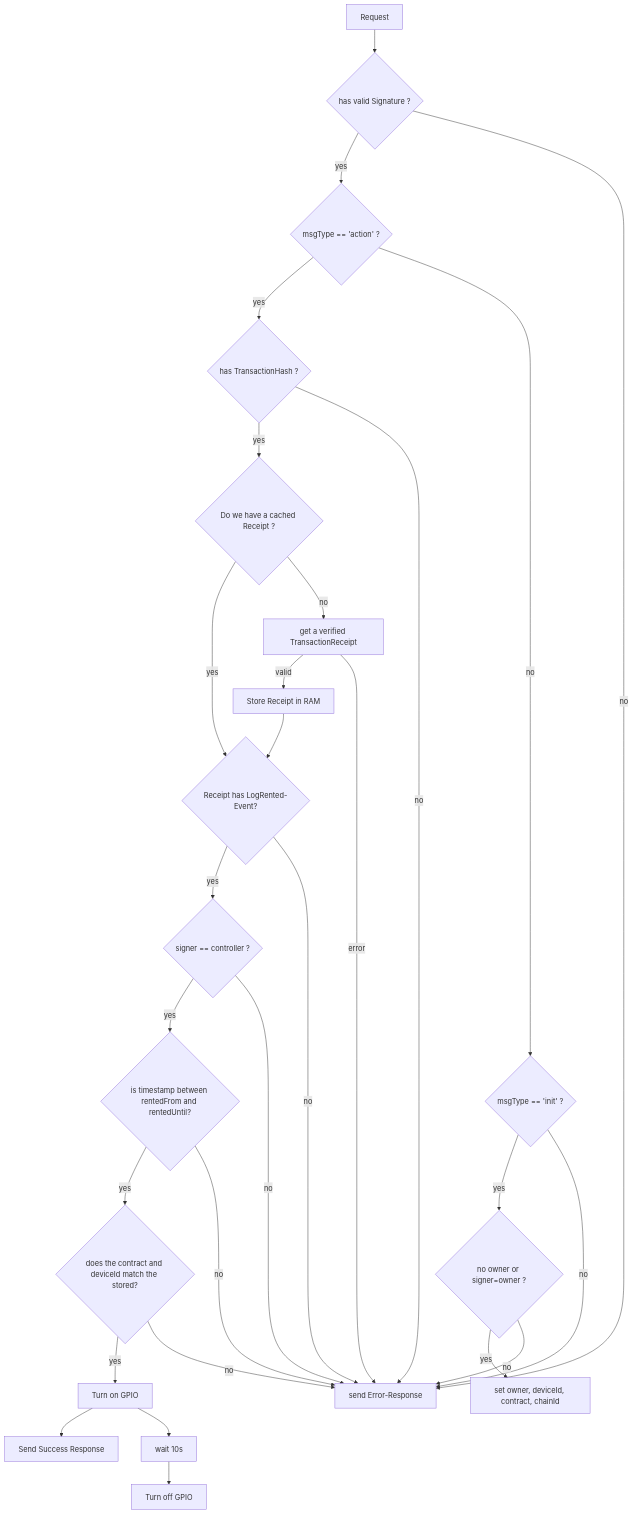
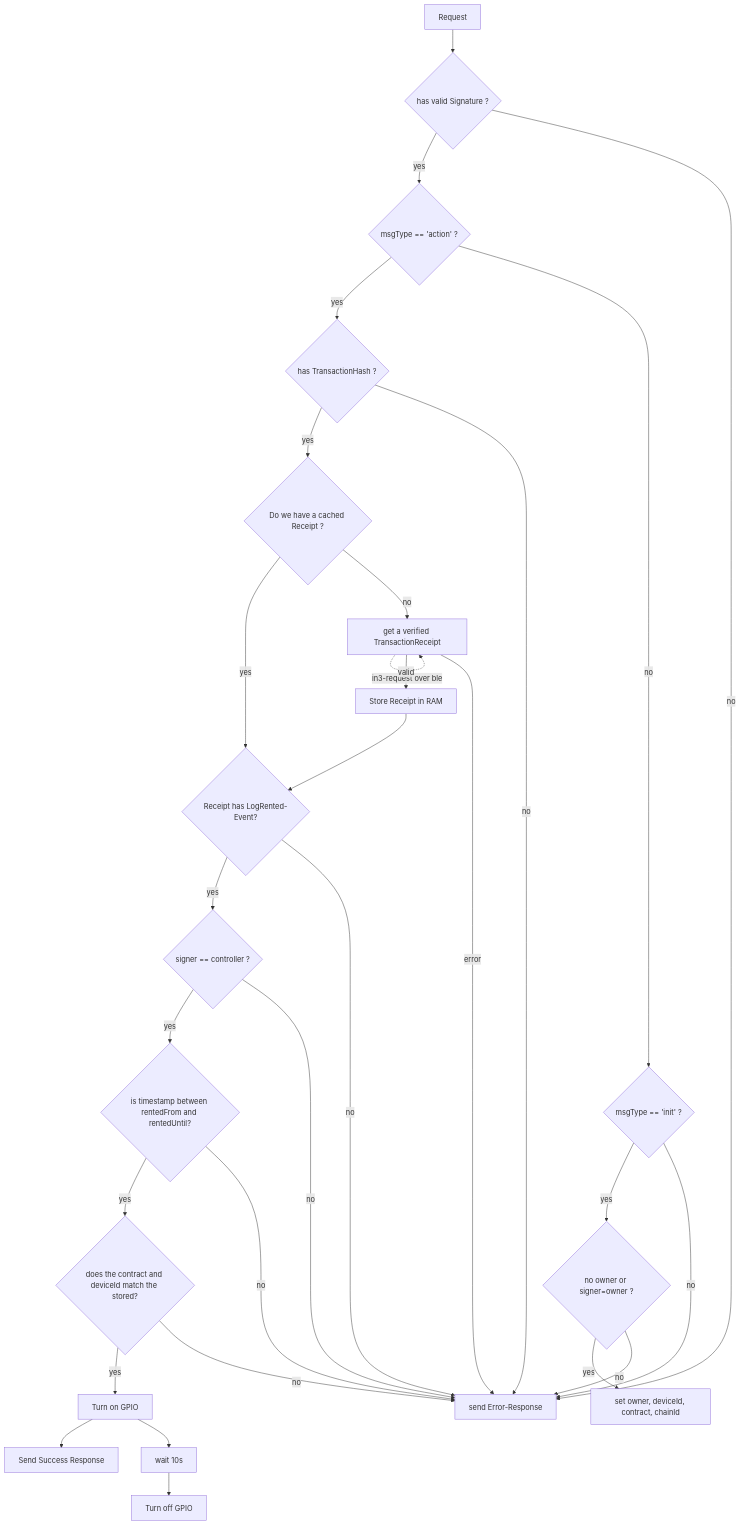
Before and after one commit to blockchainsllc/in3: the second of 2 diagrams in docs/USN-APP.md, drawn with Mermaid.

````diff
--- a/docs/USN-APP.md
+++ b/docs/USN-APP.md
@@ -25,47 +25,48 @@
 ```mermaid
 graph TD
     
     req[Request] --> hasSignature{ has valid Signature ? }
     hasSignature -- yes --> isAction{ msgType == 'action' ? }
     hasSignature -- no --> reject[ send Error-Response ]
     
     isAction -- yes --> hasTransaction{ has TransactionHash ? }
     isAction -- no --> isInit{ msgType == 'init' ? }
     
     isInit -- yes --> isOwner{ no owner or signer=owner ? }
     isInit -- no --> reject
 
     isOwner -- yes --> setDeviceParams[ set owner, deviceId, contract, chainId ]
     isOwner -- no --> reject
     
     hasTransaction -- yes --> isCached{ Do we have a cached Receipt ?}
     hasTransaction -- no --> reject
     
     isCached -- yes --> hasEvent{Receipt has LogRented-Event?}
     isCached -- no --> in3_tx[ get a verified TransactionReceipt ] 
+    
+    in3_tx -. in3-request over ble .-> in3_tx
 
-    
     in3_tx -- valid --> cache[Store Receipt in RAM]
     in3_tx -- error --> reject
     
     cache --> hasEvent
 
     hasEvent -- yes --> checkSignature{ signer == controller ? }
     hasEvent -- no --> reject
     
     checkSignature -- yes --> checkTime{ is timestamp between rentedFrom and rentedUntil? }
     checkSignature -- no --> reject
     
     checkTime -- yes --> checkDeviceId{ does the contract and deviceId match the stored? }
     checkTime -- no --> reject
     
     checkDeviceId -- yes --> triggerAction[Turn on GPIO]
     checkDeviceId -- no --> reject
     
     triggerAction --> sendSuccess[Send Success Response]
     triggerAction --> wait[wait 10s]
     wait --> turnOff[Turn off GPIO]
     
     
     
 ```
````
